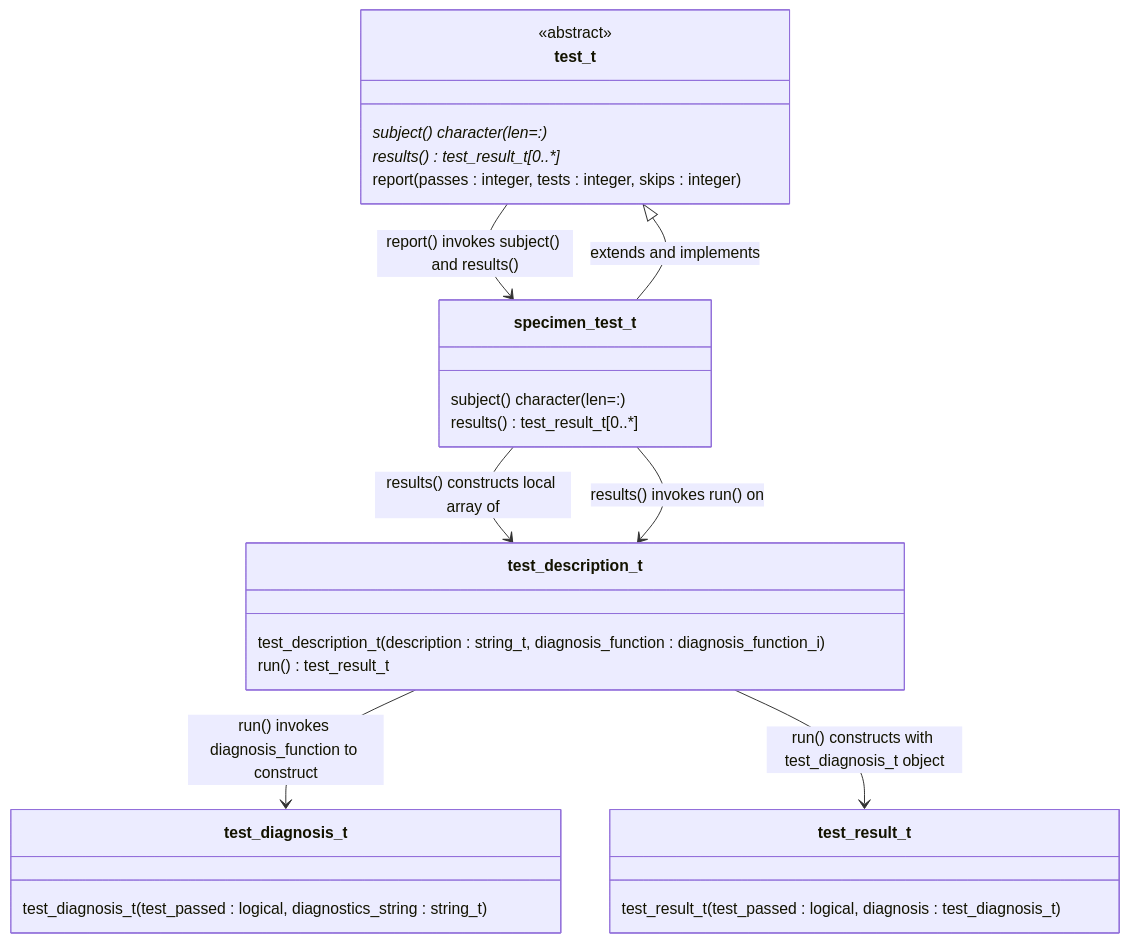
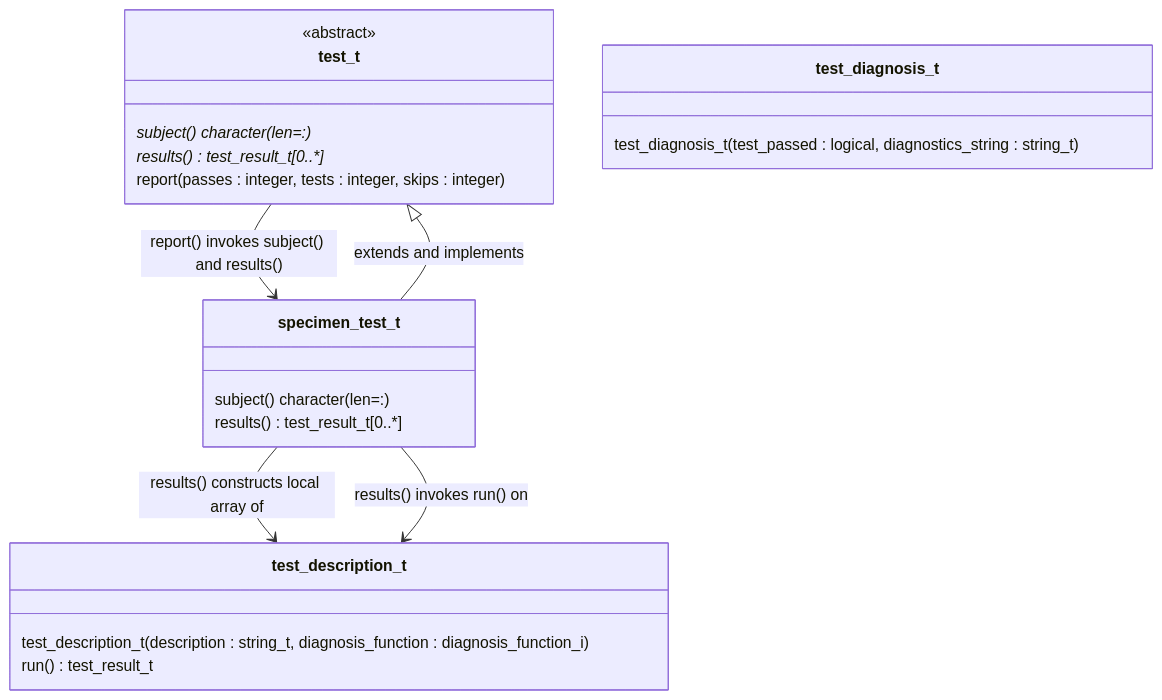
Before and after one commit to BerkeleyLab/julienne: the second of 3 diagrams in demo/README.md, drawn with Mermaid. The commit also changed other lines of this file and 1 other file, not shown here.

First line of the commit message:
doc(demo/README): describe test_{harness,fixture}

````diff
--- a/demo/README.md
+++ b/demo/README.md
@@ -144,35 +178,29 @@
 ```mermaid
  %%{init: { 'theme':'default',  "class" : {"hideEmptyMembersBox": true} } }%%
 classDiagram
 
 class test_t{
     <<abstract>>
     subject() character(len=:) *
     results() test_result_t[0..*] *
     report(passes : integer, tests : integer, skips : integer)
 }
 test_t --> specimen_test_t : report() invokes subject() and results()
 
 class specimen_test_t{
     subject() character(len=:)
     results() test_result_t[0..*]
 }
 specimen_test_t --|> test_t : extends and implements
 specimen_test_t --> test_description_t : results() constructs local array of
 specimen_test_t --> test_description_t : results() invokes run() on
 
 class test_description_t{
     test_description_t(description : string_t, diagnosis_function : diagnosis_function_i)
     run() test_result_t
 }
-test_description_t --> test_diagnosis_t : run() invokes diagnosis_function to construct
-test_description_t --> test_result_t : run() constructs with test_diagnosis_t object
-
-class test_result_t{
-    test_result_t(test_passed : logical, diagnosis : test_diagnosis_t)
-}
 
 class test_diagnosis_t{
     test_diagnosis_t(test_passed : logical, diagnostics_string : string_t)
 }
 ```
````
